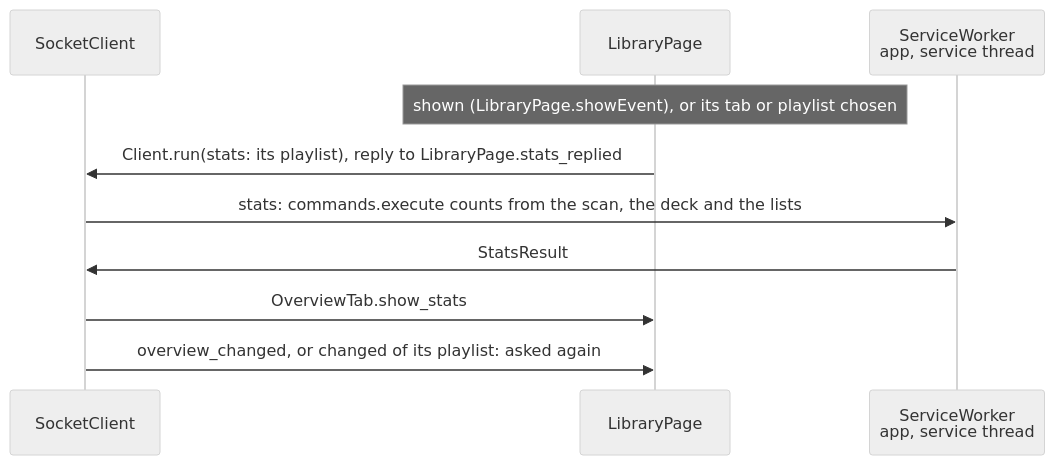
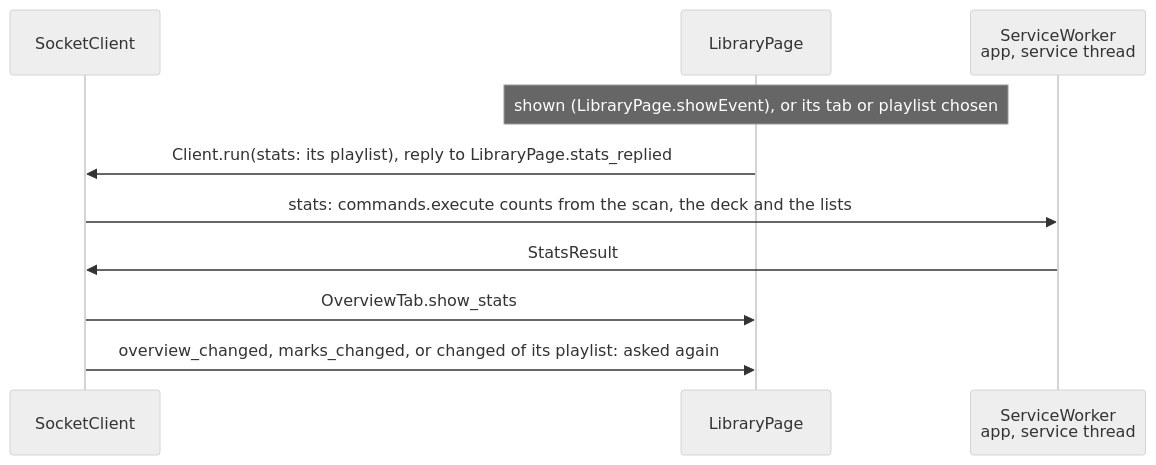
The eighth of 8 diagrams in docs/app-wiring.md (cheshire0xff/wallpaper_py), drawn with Mermaid (neutral theme) before and after one commit. The commit also changed other lines of this file and 28 other files, not shown here.

````diff
--- a/docs/app-wiring.md
+++ b/docs/app-wiring.md
@@ -395,13 +396,13 @@
 ```mermaid
 sequenceDiagram
     participant C as SocketClient
     participant L as LibraryPage
     participant W as ServiceWorker<br/>app, service thread
 
     Note over L: shown (LibraryPage.showEvent), or its tab or playlist chosen
     L->>C: Client.run(stats: its playlist), reply to LibraryPage.stats_replied
     C->>W: stats: commands.execute counts from the scan, the deck and the lists
     W->>C: StatsResult
     C->>L: OverviewTab.show_stats
-    C->>L: overview_changed, or changed of its playlist: asked again
+    C->>L: overview_changed, marks_changed, or changed of its playlist: asked again
 ```
````
